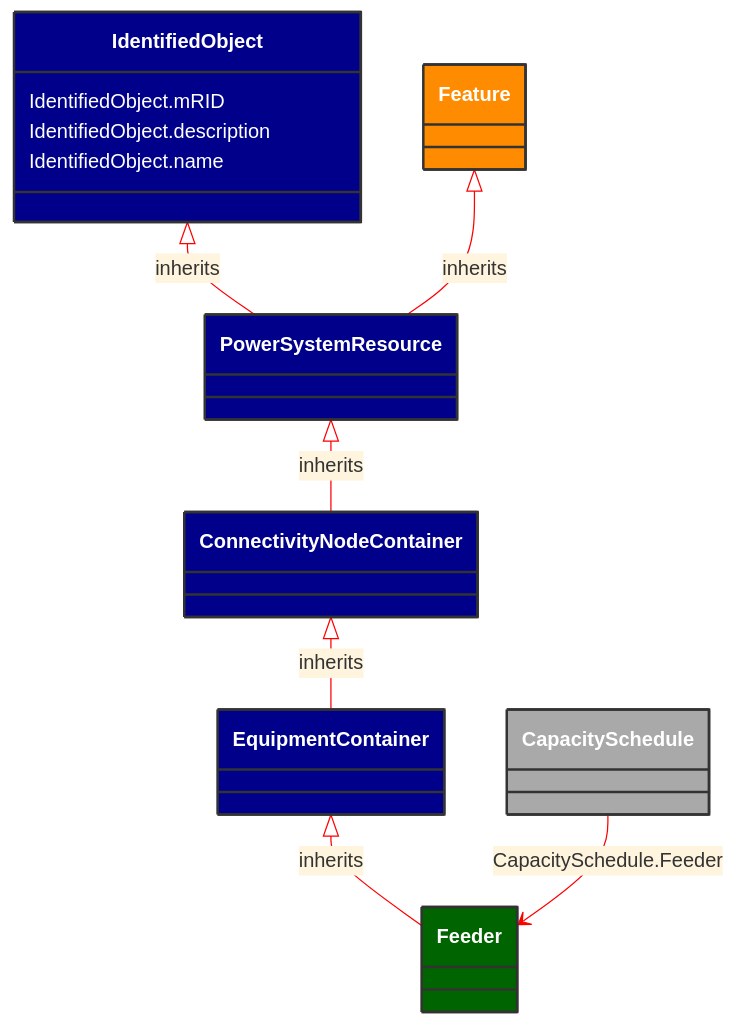
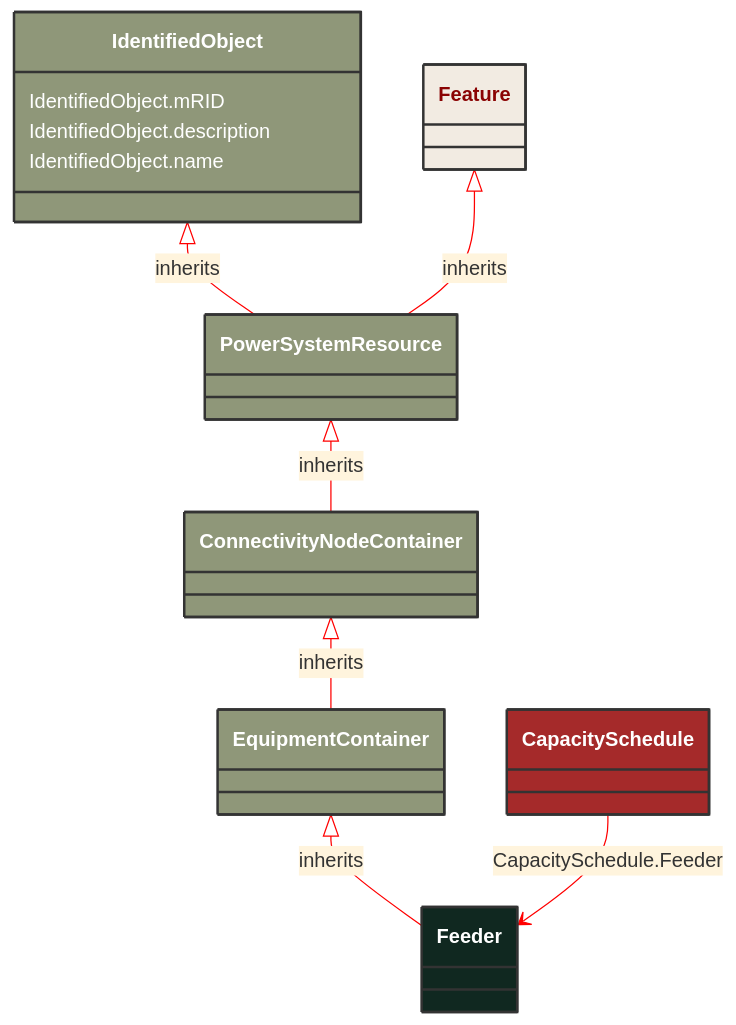
The diagram in docs/Models/Profiles/WattApp/ConcreteClasses/Feeder.md (3lbits/NoCIMExtensions), drawn with Mermaid before and after one commit. The commit also changed 190 other files, not shown here.

````diff
--- a/docs/Models/Profiles/WattApp/ConcreteClasses/Feeder.md
+++ b/docs/Models/Profiles/WattApp/ConcreteClasses/Feeder.md
@@ -8,43 +8,39 @@
 ```mermaid
 %%{init: {'theme':'base','themeVariables': {'lineColor': '#FF0000'}}}%%
 classDiagram
     class Feeder
     click Feeder href "/Models/Profiles/WattApp/ConcreteClasses/Feeder/"
-    style Feeder fill:#006400,stroke:#333,stroke-width:2px,rx:10,ry:10,color:white
-
+    style Feeder fill:#102820,stroke:#333,stroke-width:2px,rx:10,ry:10,color:white
+     
         EquipmentContainer <|-- Feeder : inherits
             click EquipmentContainer href "/Models/Profiles/WattApp/AbstractClasses/EquipmentContainer/"
-            style EquipmentContainer fill:#00008B,stroke:#333,stroke-width:2px,rx:10,ry:10,color:white
-
-        Feeder
-            click Feeder href "/Models/Profiles/WattApp/ConcreteClasses/Feeder/"
-            style EquipmentContainer fill:#00008B,stroke:#333,stroke-width:2px,rx:10,ry:10,color:white
-
+            style EquipmentContainer fill:#8F9779,stroke:#333,stroke-width:2px,rx:10,ry:10,color:white
+     
         ConnectivityNodeContainer <|-- EquipmentContainer : inherits
             click ConnectivityNodeContainer href "/Models/Profiles/WattApp/AbstractClasses/ConnectivityNodeContainer/"
-            style ConnectivityNodeContainer fill:#00008B,stroke:#333,stroke-width:2px,rx:10,ry:10,color:white
-
+            style ConnectivityNodeContainer fill:#8F9779,stroke:#333,stroke-width:2px,rx:10,ry:10,color:white
+     
         PowerSystemResource <|-- ConnectivityNodeContainer : inherits
             click PowerSystemResource href "/Models/Profiles/WattApp/AbstractClasses/PowerSystemResource/"
-            style PowerSystemResource fill:#00008B,stroke:#333,stroke-width:2px,rx:10,ry:10,color:white
-
+            style PowerSystemResource fill:#8F9779,stroke:#333,stroke-width:2px,rx:10,ry:10,color:white
+     
         IdentifiedObject <|-- PowerSystemResource : inherits
             click IdentifiedObject href "/Models/Profiles/WattApp/AbstractClasses/IdentifiedObject/"
-            style IdentifiedObject fill:#00008B,stroke:#333,stroke-width:2px,rx:10,ry:10,color:white
+            style IdentifiedObject fill:#8F9779,stroke:#333,stroke-width:2px,rx:10,ry:10,color:white
 
         Feature <|-- PowerSystemResource : inherits
             click Feature href "/Models/Profiles/WattApp/ConcreteClasses/Feature/"
-            style Feature fill:#FF8C00,stroke:#333,stroke-width:2px,rx:10,ry:10,color:white
+            style Feature fill:#F2EBE2,stroke:#333,stroke-width:2px,rx:10,ry:10,color:#8A0303
 
 
         CapacitySchedule --> Feeder : CapacitySchedule.Feeder
 
         CapacitySchedule
             click CapacitySchedule href "/Models/Profiles/WattApp/ConcreteClasses/CapacitySchedule/"
-            style CapacitySchedule fill:#A9A9A9,stroke:#333,stroke-width:2px,rx:10,ry:10,color:white
+            style CapacitySchedule fill:#A52A2A,stroke:#333,stroke-width:2px,rx:10,ry:10,color:white
 
 
         IdentifiedObject : IdentifiedObject.mRID
         IdentifiedObject : IdentifiedObject.description
         IdentifiedObject : IdentifiedObject.name
 ```
````
